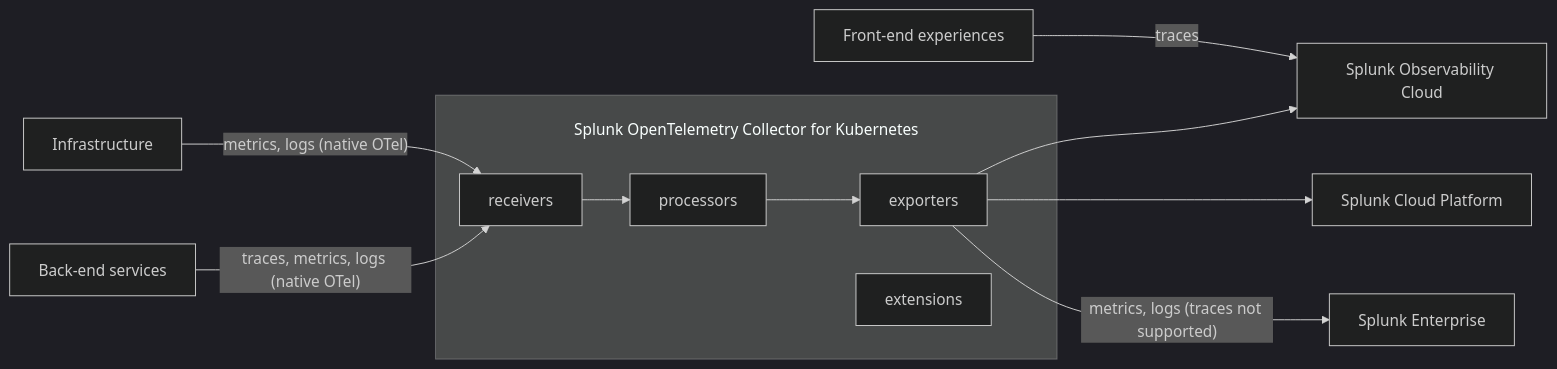
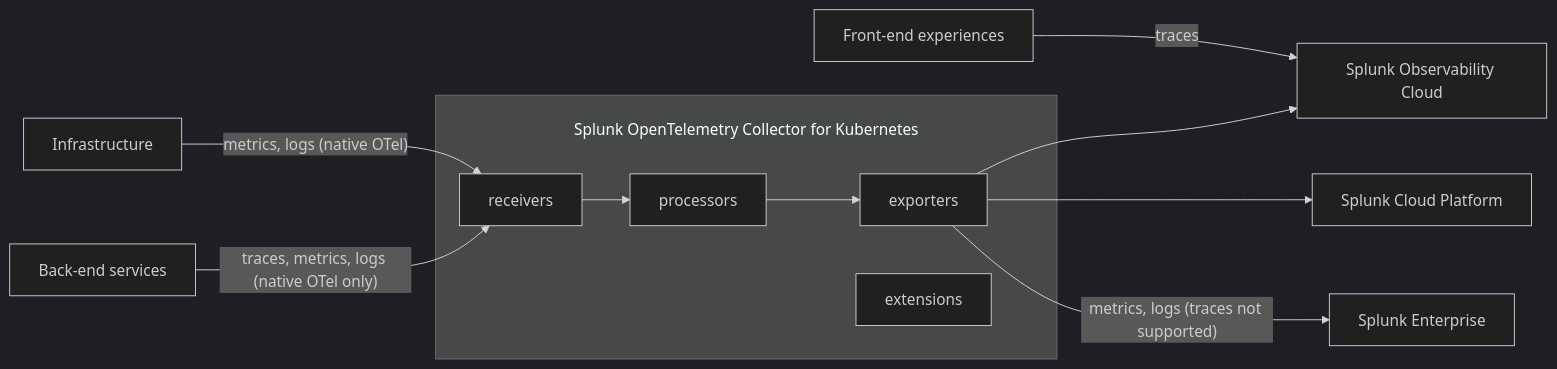
One commit to splunk/public-o11y-docs changed the first of 2 diagrams in gdi/opentelemetry/opentelemetry.rst. Above: the diagram before and after it, drawn with Mermaid (dark theme). The commit also changed 1 other file, not shown here.

```diff
--- a/gdi/opentelemetry/opentelemetry.rst
+++ b/gdi/opentelemetry/opentelemetry.rst
@@ -102,24 +102,24 @@
 .. mermaid::
   
   flowchart LR
 
     accTitle: Splunk Distribution of the OpenTelemetry Collector for Kubernetes diagram.
     accDescr: The Splunk Distribution of OpenTelemetry Collector contains receivers, processors, exporters, and extensions. Receivers gather metrics and logs from infrastructure, and metrics, traces, and logs from back-end applications. Receivers send data to processors, and processors send data to exporters. Exporters send data to Splunk Observability Cloud and Splunk Cloud Platform. Front-end experiences send data directly to Splunk Observability Cloud through RUM instrumentation.
 
     subgraph "\nSplunk OpenTelemetry Collector for Kubernetes"
     receivers
     processors
     exporters
     extensions
     end
 
     Infrastructure -- "metrics, logs (native OTel)" --> receivers
-    B[Back-end services] -- "traces, metrics, logs (native OTel)" --> receivers
+    B[Back-end services] -- "traces, metrics, logs (native OTel only)" --> receivers
     C[Front-end experiences] -- "traces" --> S[Splunk Observability Cloud]
 
     receivers --> processors
     processors --> exporters
 
     exporters --> S[Splunk Observability Cloud]
     exporters --> P[Splunk Cloud Platform]
     exporters -- "metrics, logs (traces not supported)" --> U[Splunk Enterprise]
```
